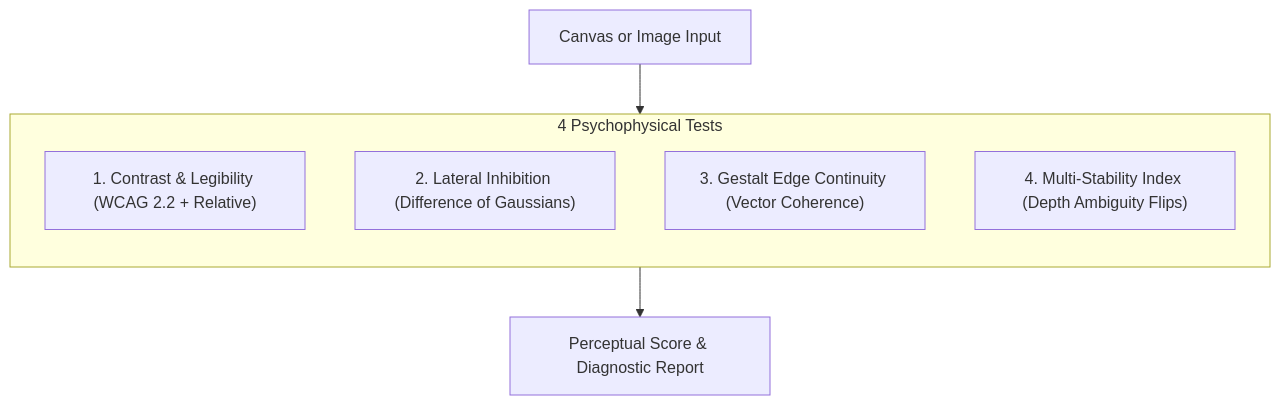
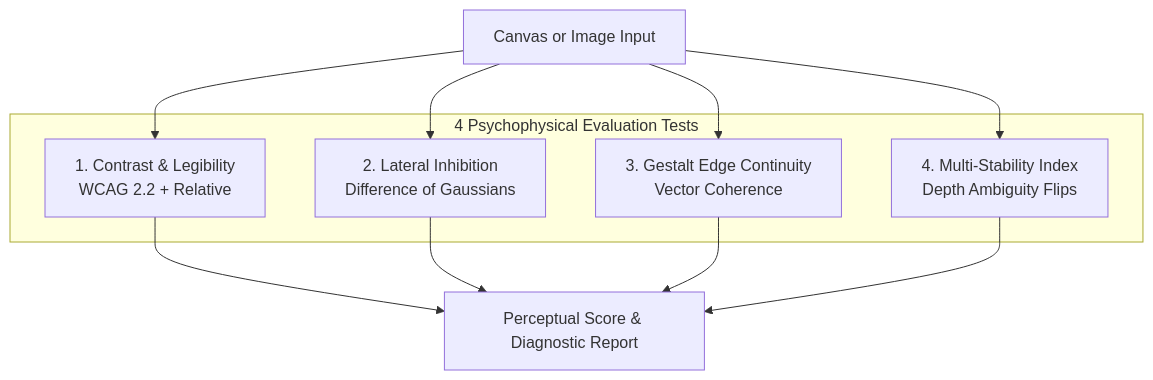
The diagram in _posts/2026-09-28-perceptual-vision-eval-toolkit.md (mynameisjpg/mynameisjpg), drawn with Mermaid before and after one commit. The commit also changed 2 other files, not shown here.

Commit message:
style: improve mermaid diagram font size and layout readability

````diff
--- a/_posts/2026-09-28-perceptual-vision-eval-toolkit.md
+++ b/_posts/2026-09-28-perceptual-vision-eval-toolkit.md
@@ -71,14 +71,13 @@
 ```mermaid
-graph TD
-    A["Canvas or Image Input"] --> B["4 Psychophysical Tests"]
+flowchart TD
+    A["Canvas or Image Input"] --> T1 & T2 & T3 & T4
 
-    subgraph B["4 Psychophysical Tests"]
-        direction TB
-        T1["1. Contrast & Legibility (WCAG 2.2 + Relative)"]
-        T2["2. Lateral Inhibition (Difference of Gaussians)"]
-        T3["3. Gestalt Edge Continuity (Vector Coherence)"]
-        T4["4. Multi-Stability Index (Depth Ambiguity Flips)"]
+    subgraph TESTS ["4 Psychophysical Evaluation Tests"]
+        T1["1. Contrast & Legibility<br/>WCAG 2.2 + Relative"]
+        T2["2. Lateral Inhibition<br/>Difference of Gaussians"]
+        T3["3. Gestalt Edge Continuity<br/>Vector Coherence"]
+        T4["4. Multi-Stability Index<br/>Depth Ambiguity Flips"]
     end
 
-    B --> C["Perceptual Score & Diagnostic Report"]
+    T1 & T2 & T3 & T4 --> C["Perceptual Score & Diagnostic Report"]
 ```
````
